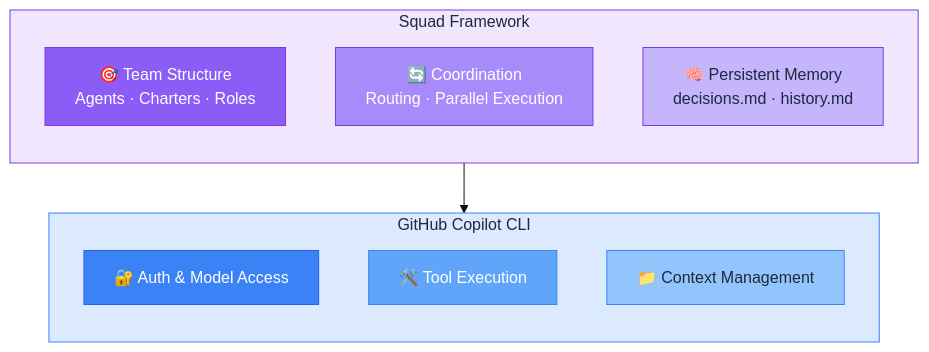
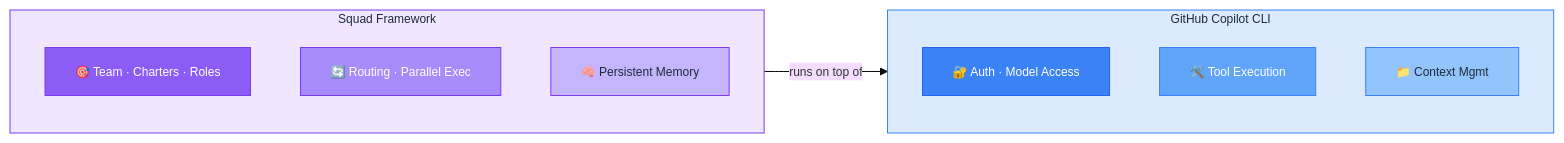
One commit to fredgis/OfficeAddin changed the fourth of 7 diagrams in prez/presentation.md. Above: the diagram before and after it, drawn with Mermaid. The commit also changed other lines of this file and 2 other files, not shown here.

````diff
--- a/prez/presentation.md
+++ b/prez/presentation.md
@@ -595,27 +527,24 @@
 ```mermaid
-%%{init: {'theme': 'base'}}%%
-graph TB
+%%{init: {'theme': 'base', 'themeVariables': {'fontSize': '12px'}}}%%
+graph LR
     subgraph SQUAD["Squad Framework"]
-        direction TB
-        S1["🎯 Team Structure<br/>Agents · Charters · Roles"]
-        S2["🔄 Coordination<br/>Routing · Parallel Execution"]
-        S3["🧠 Persistent Memory<br/>decisions.md · history.md"]
+        S1["🎯 Team · Charters · Roles"]
+        S2["🔄 Routing · Parallel Exec"]
+        S3["🧠 Persistent Memory"]
     end
     subgraph CLI["GitHub Copilot CLI"]
-        direction TB
-        C1["🔐 Auth & Model Access"]
+        C1["🔐 Auth · Model Access"]
         C2["🛠️ Tool Execution"]
-        C3["📁 Context Management"]
+        C3["📁 Context Mgmt"]
     end
-
-    SQUAD --> CLI
+    SQUAD -->|"runs on top of"| CLI
 
     style SQUAD fill:#f0e7ff,stroke:#7c3aed,color:#1e293b
     style CLI fill:#dbeafe,stroke:#3b82f6,color:#1e293b
     style S1 fill:#8b5cf6,stroke:#7c3aed,color:#fff
     style S2 fill:#a78bfa,stroke:#7c3aed,color:#fff
     style S3 fill:#c4b5fd,stroke:#7c3aed,color:#1e293b
     style C1 fill:#3b82f6,stroke:#2563eb,color:#fff
     style C2 fill:#60a5fa,stroke:#3b82f6,color:#fff
     style C3 fill:#93c5fd,stroke:#3b82f6,color:#1e293b
 ```
````
